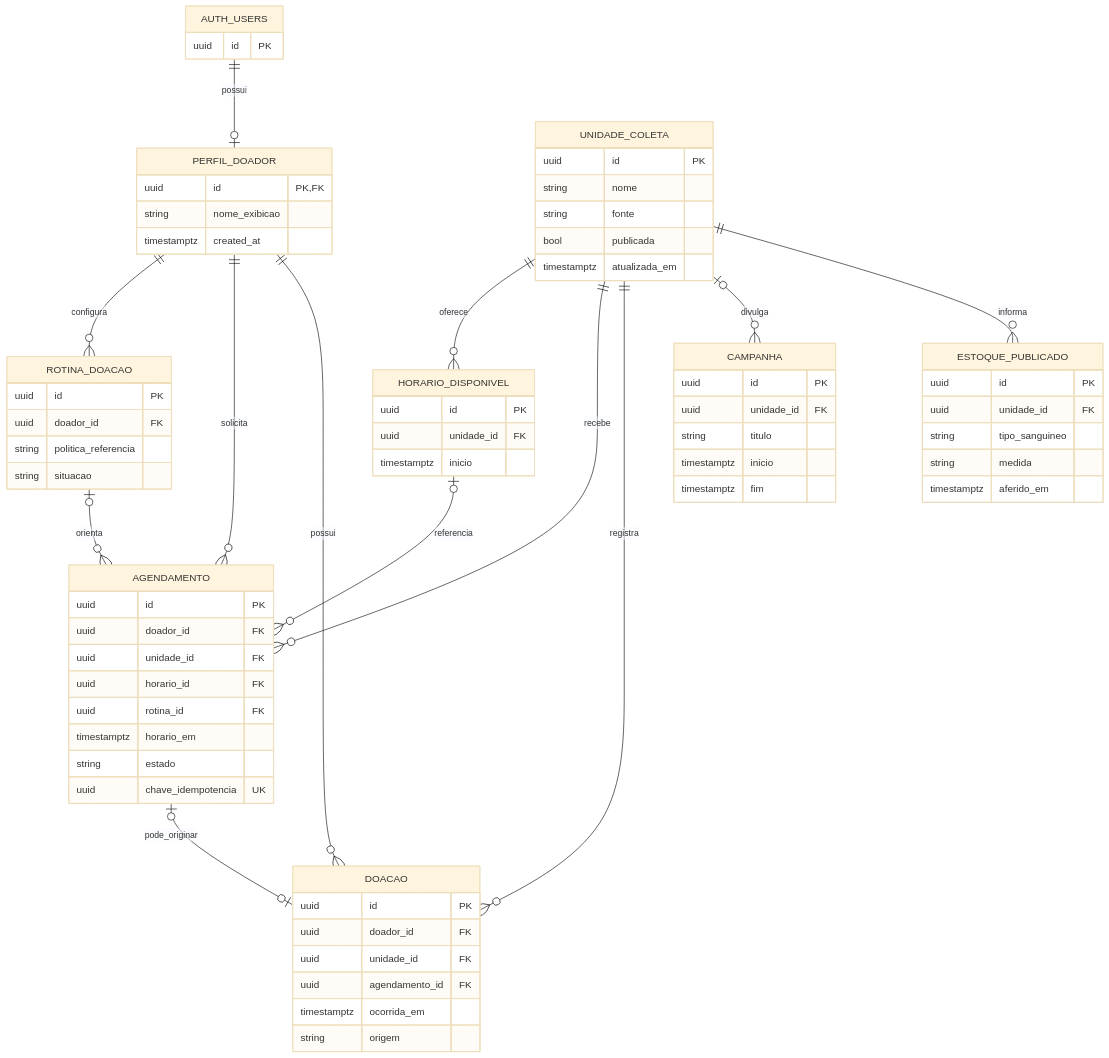
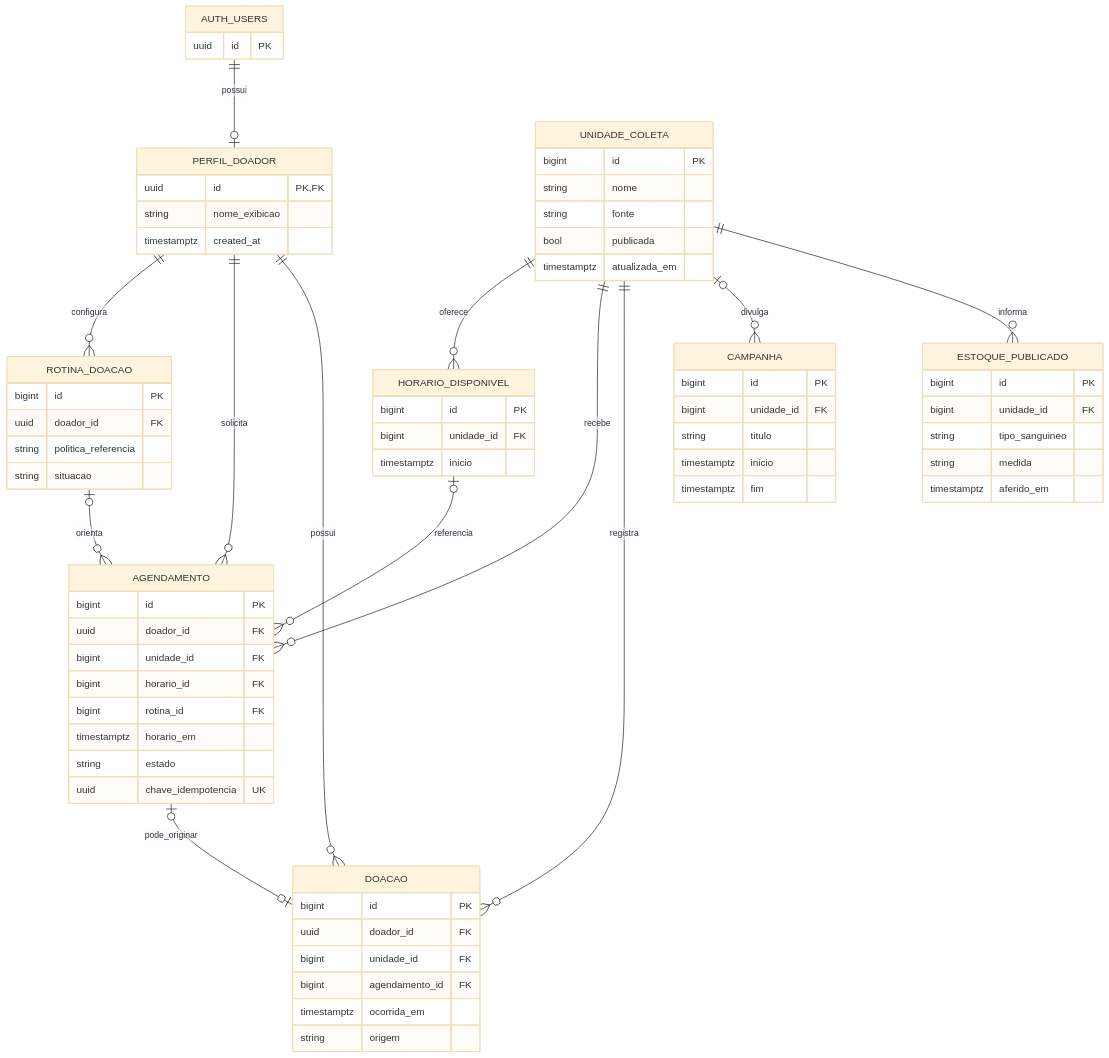
The second of 2 diagrams in docs/05-modelo-de-dominio.md (KatiaSato/Doe_Sangue), drawn with Mermaid (base theme) before and after one commit. The commit also changed other lines of this file and 7 other files, not shown here.

````diff
--- a/docs/05-modelo-de-dominio.md
+++ b/docs/05-modelo-de-dominio.md
@@ -114,74 +129,74 @@
 ```mermaid
 erDiagram
     AUTH_USERS ||--o| PERFIL_DOADOR : possui
     PERFIL_DOADOR ||--o{ ROTINA_DOACAO : configura
     PERFIL_DOADOR ||--o{ AGENDAMENTO : solicita
     UNIDADE_COLETA ||--o{ HORARIO_DISPONIVEL : oferece
     UNIDADE_COLETA ||--o{ AGENDAMENTO : recebe
     HORARIO_DISPONIVEL o|--o{ AGENDAMENTO : referencia
     ROTINA_DOACAO o|--o{ AGENDAMENTO : orienta
     PERFIL_DOADOR ||--o{ DOACAO : possui
     UNIDADE_COLETA ||--o{ DOACAO : registra
     AGENDAMENTO o|--o| DOACAO : pode_originar
     UNIDADE_COLETA o|--o{ CAMPANHA : divulga
     UNIDADE_COLETA ||--o{ ESTOQUE_PUBLICADO : informa
 
     AUTH_USERS {
         uuid id PK
     }
     PERFIL_DOADOR {
         uuid id PK, FK
         string nome_exibicao
         timestamptz created_at
     }
     UNIDADE_COLETA {
-        uuid id PK
+        bigint id PK
         string nome
         string fonte
         bool publicada
         timestamptz atualizada_em
     }
     HORARIO_DISPONIVEL {
-        uuid id PK
-        uuid unidade_id FK
+        bigint id PK
+        bigint unidade_id FK
         timestamptz inicio
     }
     ROTINA_DOACAO {
-        uuid id PK
+        bigint id PK
         uuid doador_id FK
         string politica_referencia
         string situacao
     }
     AGENDAMENTO {
-        uuid id PK
+        bigint id PK
         uuid doador_id FK
-        uuid unidade_id FK
-        uuid horario_id FK
-        uuid rotina_id FK
+        bigint unidade_id FK
+        bigint horario_id FK
+        bigint rotina_id FK
         timestamptz horario_em
         string estado
         uuid chave_idempotencia UK
     }
     DOACAO {
-        uuid id PK
+        bigint id PK
         uuid doador_id FK
-        uuid unidade_id FK
-        uuid agendamento_id FK
+        bigint unidade_id FK
+        bigint agendamento_id FK
         timestamptz ocorrida_em
         string origem
     }
     CAMPANHA {
-        uuid id PK
-        uuid unidade_id FK
+        bigint id PK
+        bigint unidade_id FK
         string titulo
         timestamptz inicio
         timestamptz fim
     }
     ESTOQUE_PUBLICADO {
-        uuid id PK
-        uuid unidade_id FK
+        bigint id PK
+        bigint unidade_id FK
         string tipo_sanguineo
         string medida
         timestamptz aferido_em
     }
 ```
````
